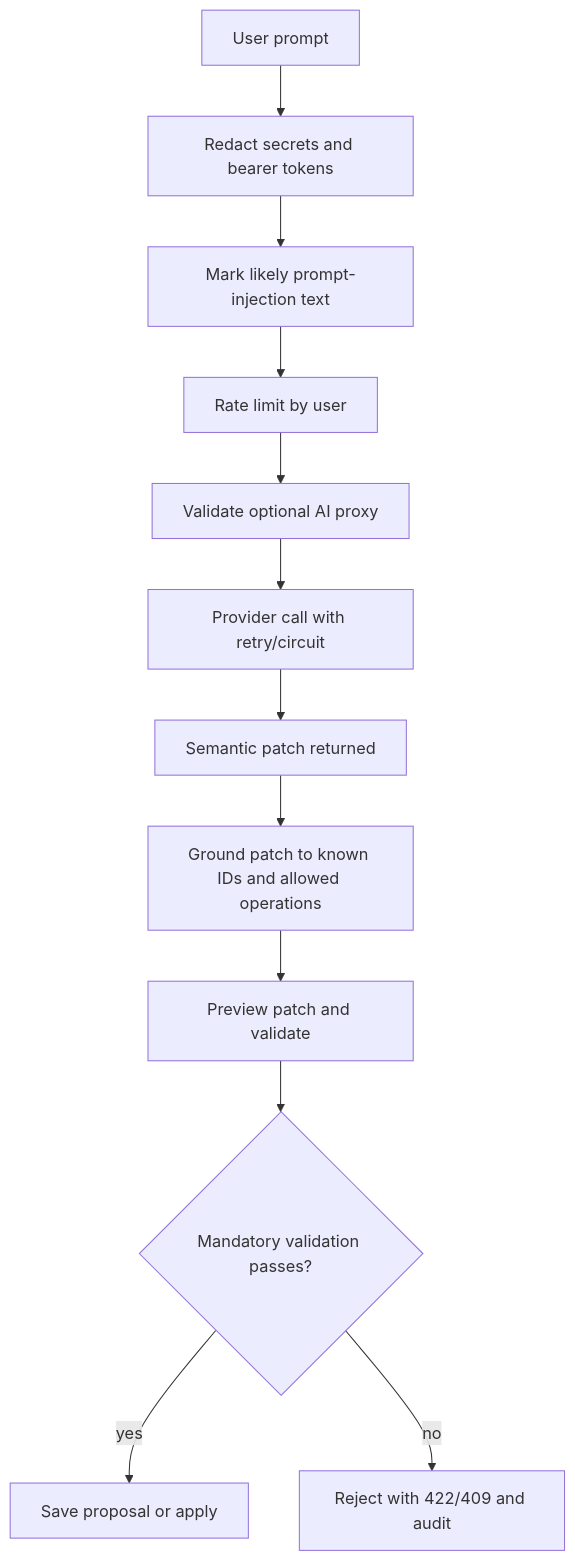
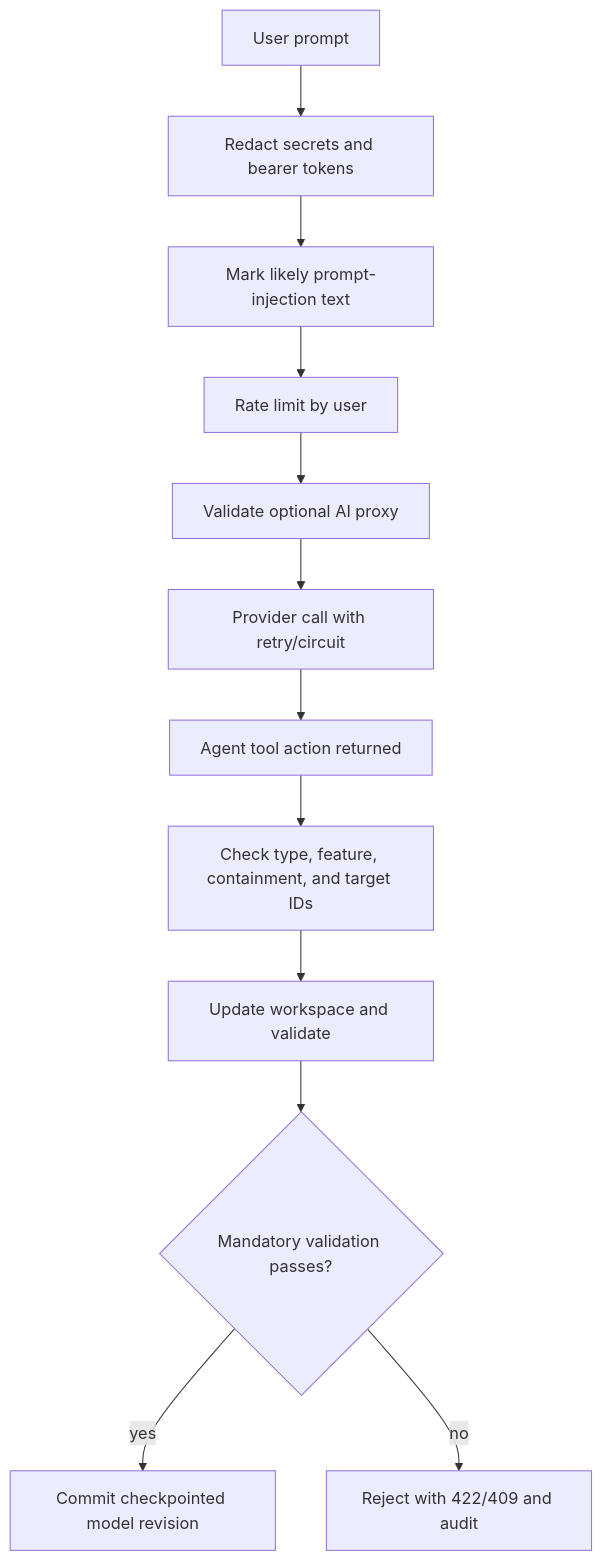
The fifth of 7 diagrams in docs/diagrams/23-security-observability-failure.md (mehdieidi/modriss), drawn with Mermaid before and after one commit. The commit also changed 37 other files, not shown here.

````diff
--- a/docs/diagrams/23-security-observability-failure.md
+++ b/docs/diagrams/23-security-observability-failure.md
@@ -91,19 +91,19 @@
 ```mermaid
 flowchart TD
     prompt["User prompt"]
     redact["Redact secrets and bearer tokens"]
     inject["Mark likely prompt-injection text"]
     rate["Rate limit by user"]
     proxy["Validate optional AI proxy"]
     provider["Provider call with retry/circuit"]
-    semantic["Semantic patch returned"]
-    ground["Ground patch to known IDs and allowed operations"]
-    preview["Preview patch and validate"]
+    action["Agent tool action returned"]
+    ground["Check type, feature, containment, and target IDs"]
+    preview["Update workspace and validate"]
     decision{"Mandatory validation passes?"}
-    save["Save proposal or apply"]
+    save["Commit checkpointed model revision"]
     block["Reject with 422/409 and audit"]
 
-    prompt --> redact --> inject --> rate --> proxy --> provider --> semantic --> ground --> preview --> decision
+    prompt --> redact --> inject --> rate --> proxy --> provider --> action --> ground --> preview --> decision
     decision -- yes --> save
     decision -- no --> block
 ```
````
